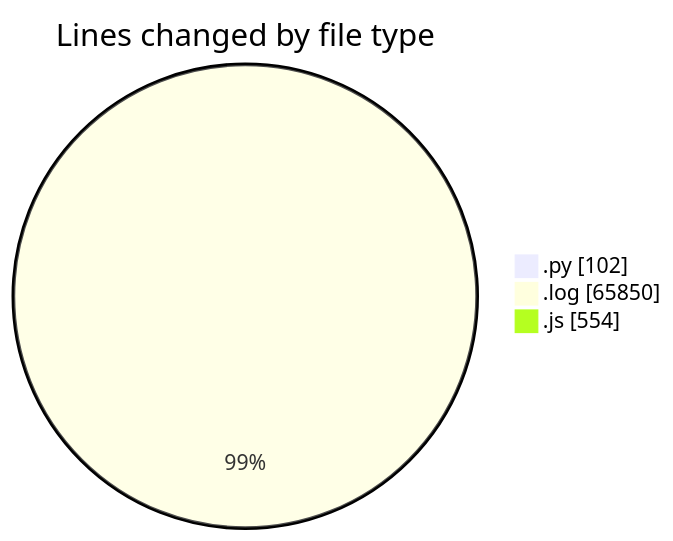
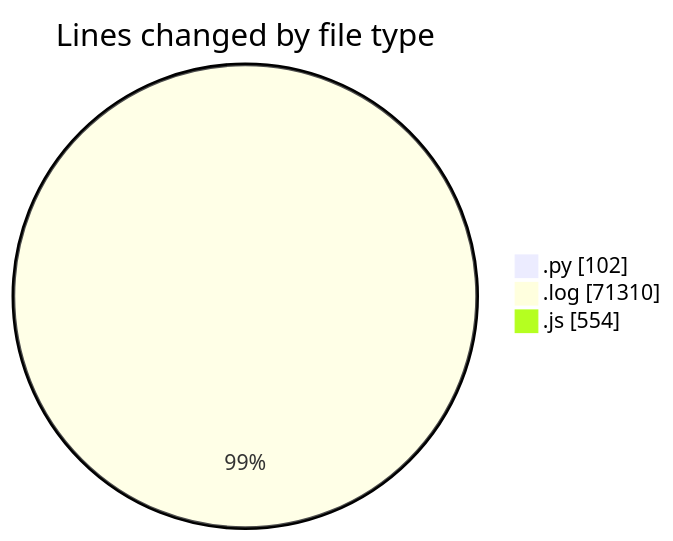
The first of 2 diagrams in 2025-04-11/nxtqube_webapp/README.md (nxtqubesakshisongat/code-tracking), drawn with Mermaid before and after one commit. The commit also changed other lines of this file and 1 other file, not shown here.

````diff
--- a/2025-04-11/nxtqube_webapp/README.md
+++ b/2025-04-11/nxtqube_webapp/README.md
@@ -23,7 +23,7 @@
 ```mermaid
 pie showData
 title Lines changed by file type
 ".py" : 102
-".log" : 65850
+".log" : 71310
 ".js" : 554
 ```
````
